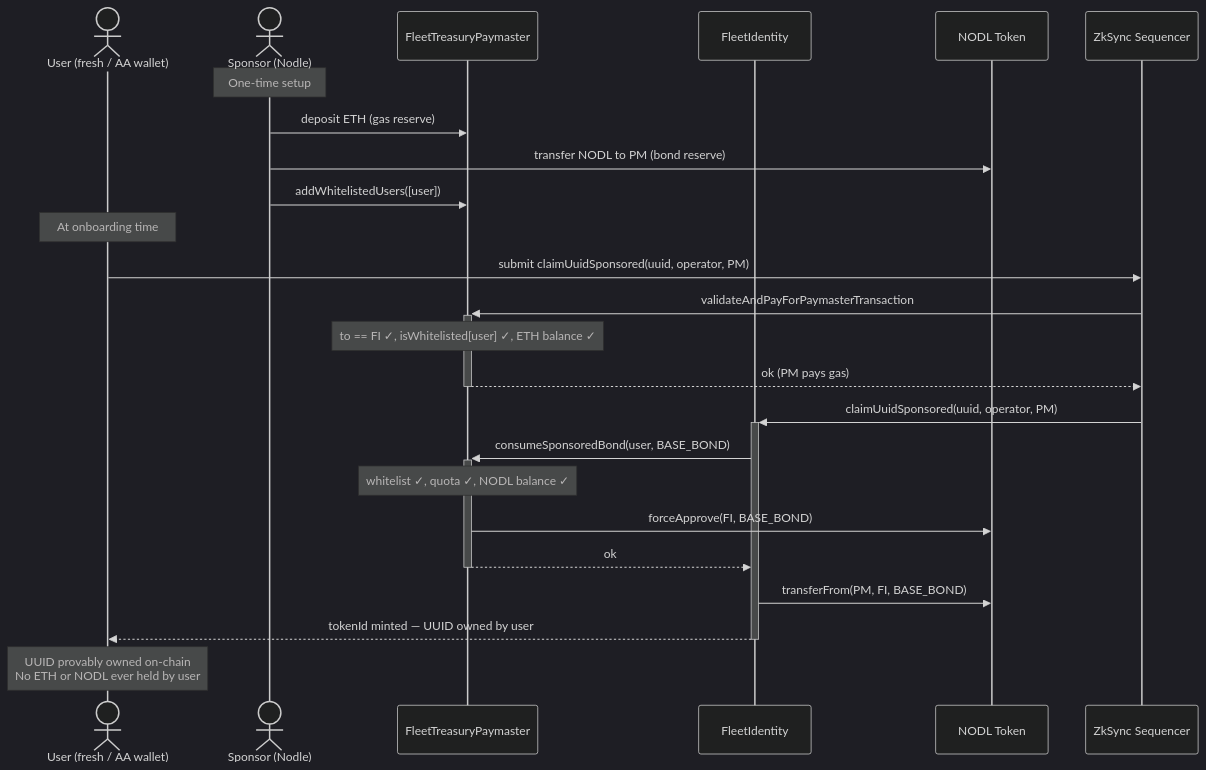
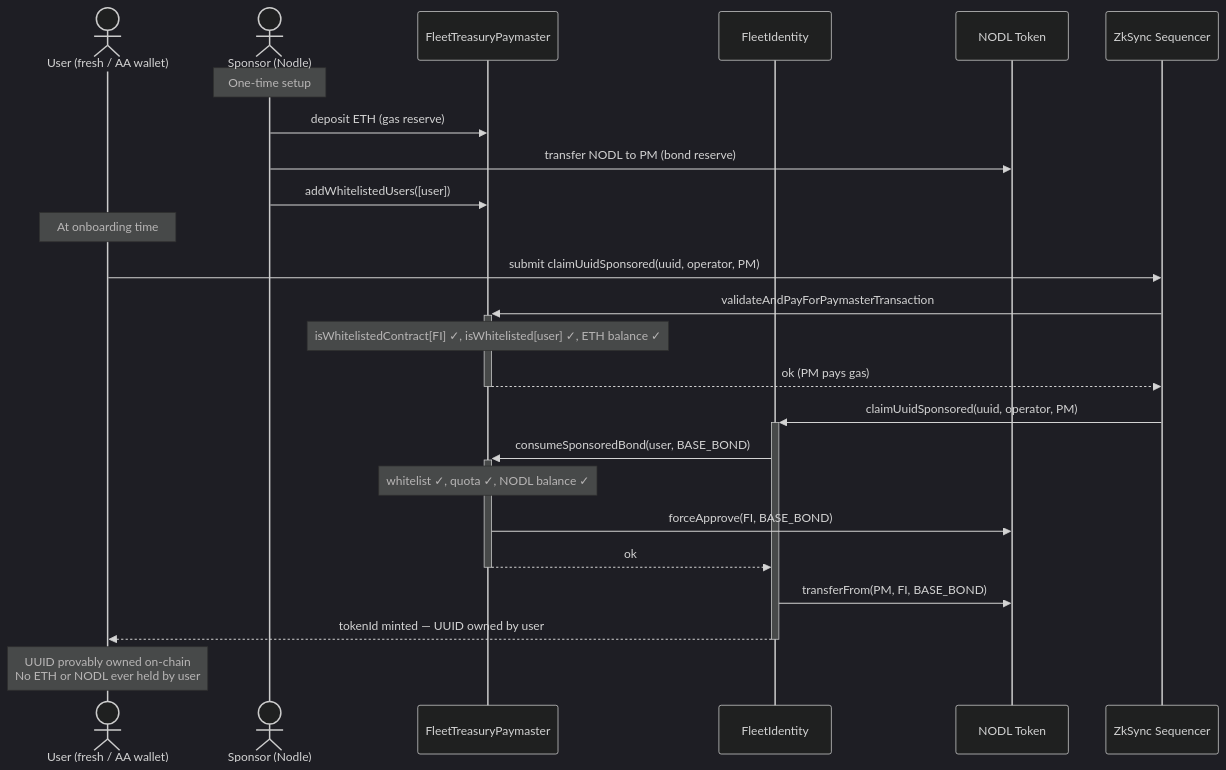
Before and after one commit to NodleCode/rollup: diagram 16 of 16 in src/swarms/doc/spec/swarm-specification.md, drawn with Mermaid (dark theme). The commit also changed other lines of this file and 2 other files, not shown here.

First line of the commit message:
Enhance FleetTreasuryPaymaster with whitelisted contract management and validation improvements

````diff
--- a/src/swarms/doc/spec/swarm-specification.md
+++ b/src/swarms/doc/spec/swarm-specification.md
@@ -1534,30 +1543,30 @@
 ```mermaid
 sequenceDiagram
     actor User as User (fresh / AA wallet)
     actor Sponsor as Sponsor (Nodle)
     participant PM as FleetTreasuryPaymaster
     participant FI as FleetIdentity
     participant TOKEN as NODL Token
     participant ZK as ZkSync Sequencer
 
     Note over Sponsor: One-time setup
     Sponsor->>PM: deposit ETH (gas reserve)
     Sponsor->>TOKEN: transfer NODL to PM (bond reserve)
     Sponsor->>PM: addWhitelistedUsers([user])
 
     Note over User: At onboarding time
     User->>ZK: submit claimUuidSponsored(uuid, operator, PM)
     ZK->>+PM: validateAndPayForPaymasterTransaction
-    Note over PM: to == FI ✓, isWhitelisted[user] ✓, ETH balance ✓
+    Note over PM: isWhitelistedContract[FI] ✓, isWhitelisted[user] ✓, ETH balance ✓
     PM-->>-ZK: ok (PM pays gas)
 
     ZK->>+FI: claimUuidSponsored(uuid, operator, PM)
     FI->>+PM: consumeSponsoredBond(user, BASE_BOND)
     Note over PM: whitelist ✓, quota ✓, NODL balance ✓
     PM->>TOKEN: forceApprove(FI, BASE_BOND)
     PM-->>-FI: ok
     FI->>TOKEN: transferFrom(PM, FI, BASE_BOND)
     FI-->>-User: tokenId minted — UUID owned by user
 
     Note over User: UUID provably owned on-chain<br/>No ETH or NODL ever held by user
 ```
````
